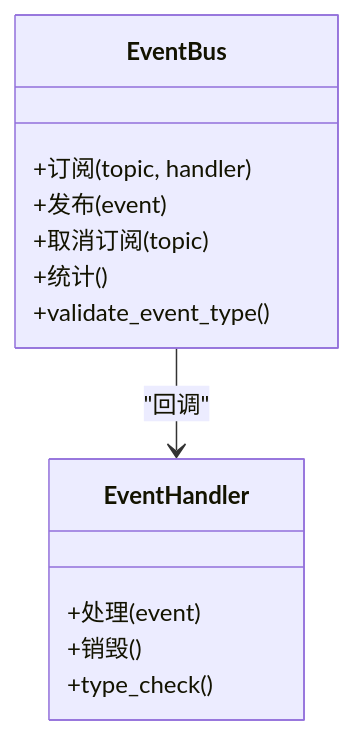
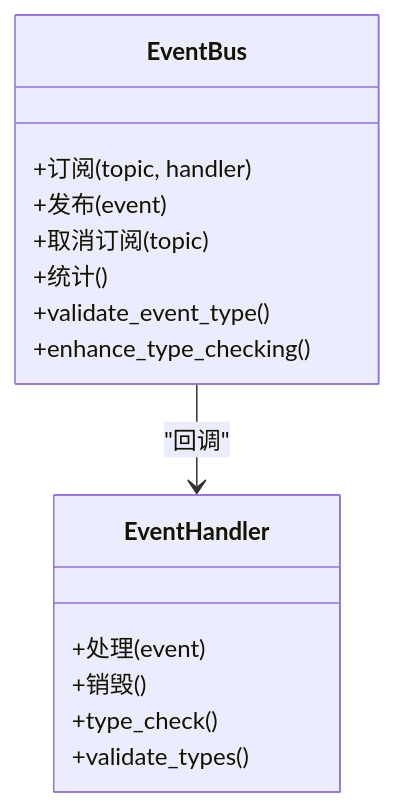
One commit to Ivandanslespace/thegreatnovel changed the ninth of 15 diagrams in .qoder/repowiki/zh/content/运行时系统/运行时核心.md. Above: the diagram before and after it, drawn with Mermaid. The commit also changed other lines of this file and 31 other files, not shown here.

````diff
--- a/.qoder/repowiki/zh/content/运行时系统/运行时核心.md
+++ b/.qoder/repowiki/zh/content/运行时系统/运行时核心.md
@@ -359,16 +582,18 @@
 ```mermaid
 classDiagram
 class EventBus {
 +订阅(topic, handler)
 +发布(event)
 +取消订阅(topic)
 +统计()
 +validate_event_type()
++enhance_type_checking()
 }
 class EventHandler {
 +处理(event)
 +销毁()
 +type_check()
++validate_types()
 }
 EventBus --> EventHandler : "回调"
 ```
````
